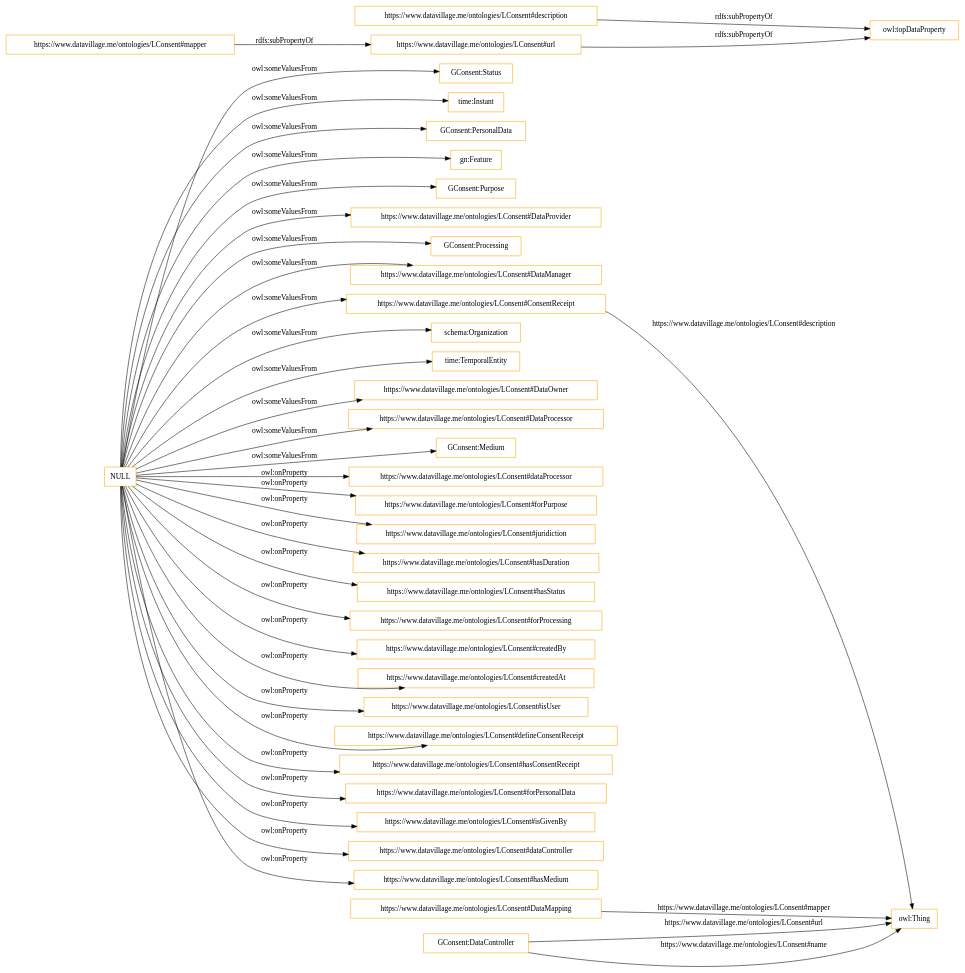
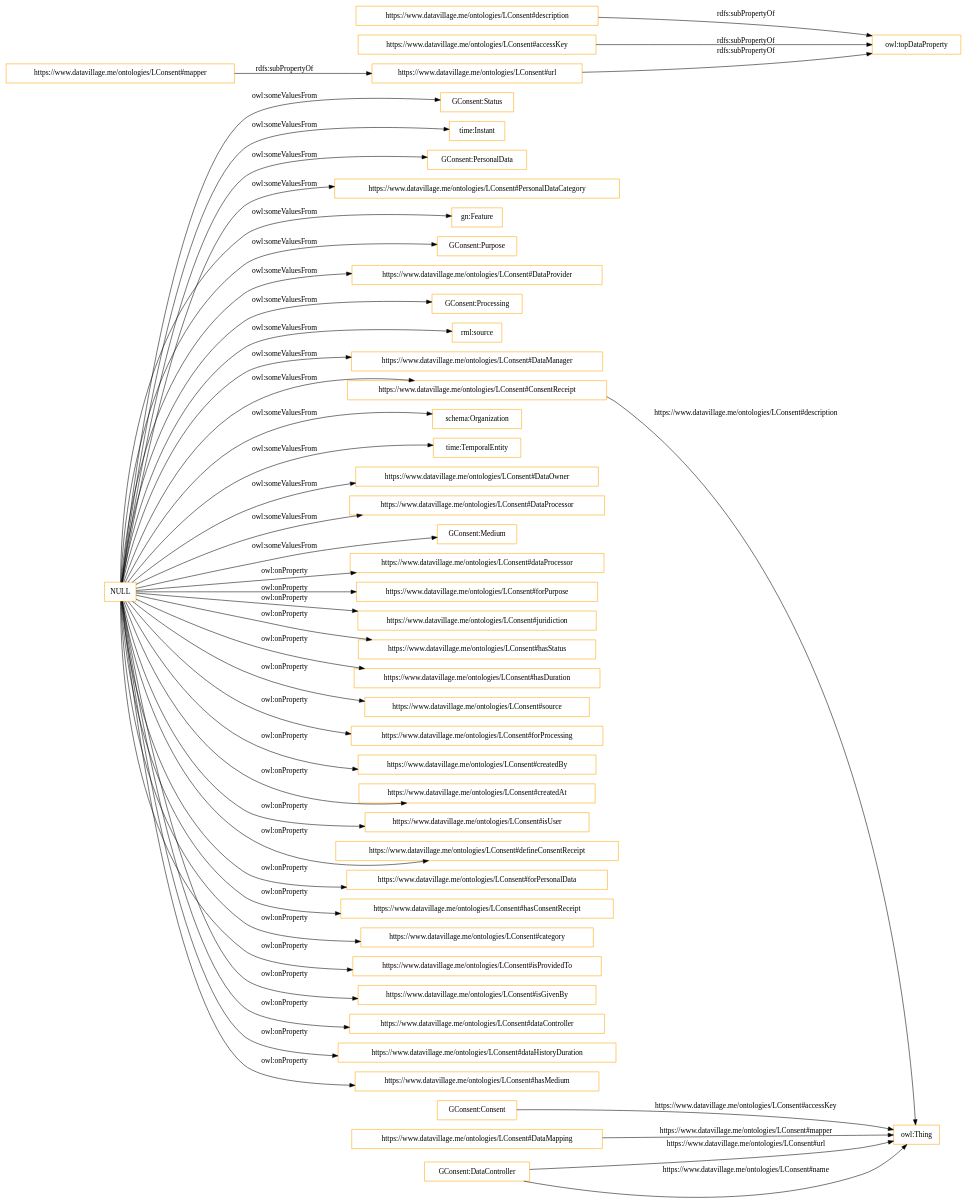
Before and after one commit to datavillage-me/ontologies: the diagram in OnToology/LConsent/ontology.owl/diagrams/ar2dtool-class/ontology.owl.png.dot, drawn with Graphviz. The commit also changed 27 other files, not shown here.

```diff
--- a/OnToology/LConsent/ontology.owl/diagrams/ar2dtool-class/ontology.owl.png.dot
+++ b/OnToology/LConsent/ontology.owl/diagrams/ar2dtool-class/ontology.owl.png.dot
@@ -1,42 +1,50 @@
 digraph ar2dtool_diagram { 
 rankdir=LR;
 size="1501"
-node [shape = rectangle, color="orange"]; "GConsent:Status" "time:Instant" "GConsent:PersonalData" "gn:Feature" "GConsent:Purpose" "https://www.datavillage.me/ontologies/LConsent#DataProvider" "GConsent:Processing" "https://www.datavillage.me/ontologies/LConsent#DataManager" "https://www.datavillage.me/ontologies/LConsent#ConsentReceipt" "schema:Organization" "time:TemporalEntity" "https://www.datavillage.me/ontologies/LConsent#DataMapping" "GConsent:DataController" "https://www.datavillage.me/ontologies/LConsent#DataOwner" "https://www.datavillage.me/ontologies/LConsent#DataProcessor" "GConsent:Medium" ; /*classes style*/
+node [shape = rectangle, color="orange"]; "GConsent:Status" "time:Instant" "GConsent:PersonalData" "https://www.datavillage.me/ontologies/LConsent#PersonalDataCategory" "gn:Feature" "GConsent:Purpose" "https://www.datavillage.me/ontologies/LConsent#DataProvider" "GConsent:Processing" "rml:source" "https://www.datavillage.me/ontologies/LConsent#DataManager" "https://www.datavillage.me/ontologies/LConsent#ConsentReceipt" "schema:Organization" "time:TemporalEntity" "GConsent:Consent" "https://www.datavillage.me/ontologies/LConsent#DataMapping" "GConsent:DataController" "https://www.datavillage.me/ontologies/LConsent#DataOwner" "https://www.datavillage.me/ontologies/LConsent#DataProcessor" "GConsent:Medium" ; /*classes style*/
 	"https://www.datavillage.me/ontologies/LConsent#description" -> "owl:topDataProperty" [ label = "rdfs:subPropertyOf" ];
+	"https://www.datavillage.me/ontologies/LConsent#accessKey" -> "owl:topDataProperty" [ label = "rdfs:subPropertyOf" ];
 	"https://www.datavillage.me/ontologies/LConsent#mapper" -> "https://www.datavillage.me/ontologies/LConsent#url" [ label = "rdfs:subPropertyOf" ];
 	"NULL" -> "https://www.datavillage.me/ontologies/LConsent#dataProcessor" [ label = "owl:onProperty" ];
 	"NULL" -> "gn:Feature" [ label = "owl:someValuesFrom" ];
 	"NULL" -> "https://www.datavillage.me/ontologies/LConsent#forPurpose" [ label = "owl:onProperty" ];
 	"NULL" -> "GConsent:Status" [ label = "owl:someValuesFrom" ];
 	"NULL" -> "https://www.datavillage.me/ontologies/LConsent#juridiction" [ label = "owl:onProperty" ];
 	"NULL" -> "https://www.datavillage.me/ontologies/LConsent#DataOwner" [ label = "owl:someValuesFrom" ];
+	"NULL" -> "https://www.datavillage.me/ontologies/LConsent#hasStatus" [ label = "owl:onProperty" ];
 	"NULL" -> "https://www.datavillage.me/ontologies/LConsent#hasDuration" [ label = "owl:onProperty" ];
-	"NULL" -> "https://www.datavillage.me/ontologies/LConsent#hasStatus" [ label = "owl:onProperty" ];
+	"NULL" -> "rml:source" [ label = "owl:someValuesFrom" ];
 	"NULL" -> "https://www.datavillage.me/ontologies/LConsent#DataManager" [ label = "owl:someValuesFrom" ];
+	"NULL" -> "https://www.datavillage.me/ontologies/LConsent#source" [ label = "owl:onProperty" ];
 	"NULL" -> "https://www.datavillage.me/ontologies/LConsent#forProcessing" [ label = "owl:onProperty" ];
 	"NULL" -> "https://www.datavillage.me/ontologies/LConsent#DataProcessor" [ label = "owl:someValuesFrom" ];
 	"NULL" -> "https://www.datavillage.me/ontologies/LConsent#createdBy" [ label = "owl:onProperty" ];
 	"NULL" -> "time:Instant" [ label = "owl:someValuesFrom" ];
 	"NULL" -> "https://www.datavillage.me/ontologies/LConsent#createdAt" [ label = "owl:onProperty" ];
 	"NULL" -> "https://www.datavillage.me/ontologies/LConsent#ConsentReceipt" [ label = "owl:someValuesFrom" ];
 	"NULL" -> "https://www.datavillage.me/ontologies/LConsent#isUser" [ label = "owl:onProperty" ];
 	"NULL" -> "https://www.datavillage.me/ontologies/LConsent#defineConsentReceipt" [ label = "owl:onProperty" ];
 	"NULL" -> "schema:Organization" [ label = "owl:someValuesFrom" ];
+	"NULL" -> "https://www.datavillage.me/ontologies/LConsent#forPersonalData" [ label = "owl:onProperty" ];
 	"NULL" -> "https://www.datavillage.me/ontologies/LConsent#hasConsentReceipt" [ label = "owl:onProperty" ];
-	"NULL" -> "https://www.datavillage.me/ontologies/LConsent#forPersonalData" [ label = "owl:onProperty" ];
 	"NULL" -> "GConsent:Medium" [ label = "owl:someValuesFrom" ];
+	"NULL" -> "GConsent:Processing" [ label = "owl:someValuesFrom" ];
+	"NULL" -> "https://www.datavillage.me/ontologies/LConsent#category" [ label = "owl:onProperty" ];
+	"NULL" -> "https://www.datavillage.me/ontologies/LConsent#isProvidedTo" [ label = "owl:onProperty" ];
+	"NULL" -> "GConsent:PersonalData" [ label = "owl:someValuesFrom" ];
 	"NULL" -> "https://www.datavillage.me/ontologies/LConsent#isGivenBy" [ label = "owl:onProperty" ];
 	"NULL" -> "time:TemporalEntity" [ label = "owl:someValuesFrom" ];
-	"NULL" -> "GConsent:PersonalData" [ label = "owl:someValuesFrom" ];
-	"NULL" -> "GConsent:Processing" [ label = "owl:someValuesFrom" ];
 	"NULL" -> "https://www.datavillage.me/ontologies/LConsent#dataController" [ label = "owl:onProperty" ];
 	"NULL" -> "https://www.datavillage.me/ontologies/LConsent#DataProvider" [ label = "owl:someValuesFrom" ];
+	"NULL" -> "https://www.datavillage.me/ontologies/LConsent#dataHistoryDuration" [ label = "owl:onProperty" ];
 	"NULL" -> "https://www.datavillage.me/ontologies/LConsent#hasMedium" [ label = "owl:onProperty" ];
 	"NULL" -> "GConsent:Purpose" [ label = "owl:someValuesFrom" ];
+	"NULL" -> "https://www.datavillage.me/ontologies/LConsent#PersonalDataCategory" [ label = "owl:someValuesFrom" ];
 	"https://www.datavillage.me/ontologies/LConsent#url" -> "owl:topDataProperty" [ label = "rdfs:subPropertyOf" ];
+	"GConsent:Consent" -> "owl:Thing" [ label = "https://www.datavillage.me/ontologies/LConsent#accessKey" ];
 	"GConsent:DataController" -> "owl:Thing" [ label = "https://www.datavillage.me/ontologies/LConsent#url" ];
 	"GConsent:DataController" -> "owl:Thing" [ label = "https://www.datavillage.me/ontologies/LConsent#name" ];
 	"https://www.datavillage.me/ontologies/LConsent#DataMapping" -> "owl:Thing" [ label = "https://www.datavillage.me/ontologies/LConsent#mapper" ];
 	"https://www.datavillage.me/ontologies/LConsent#ConsentReceipt" -> "owl:Thing" [ label = "https://www.datavillage.me/ontologies/LConsent#description" ];
 
 }
```
